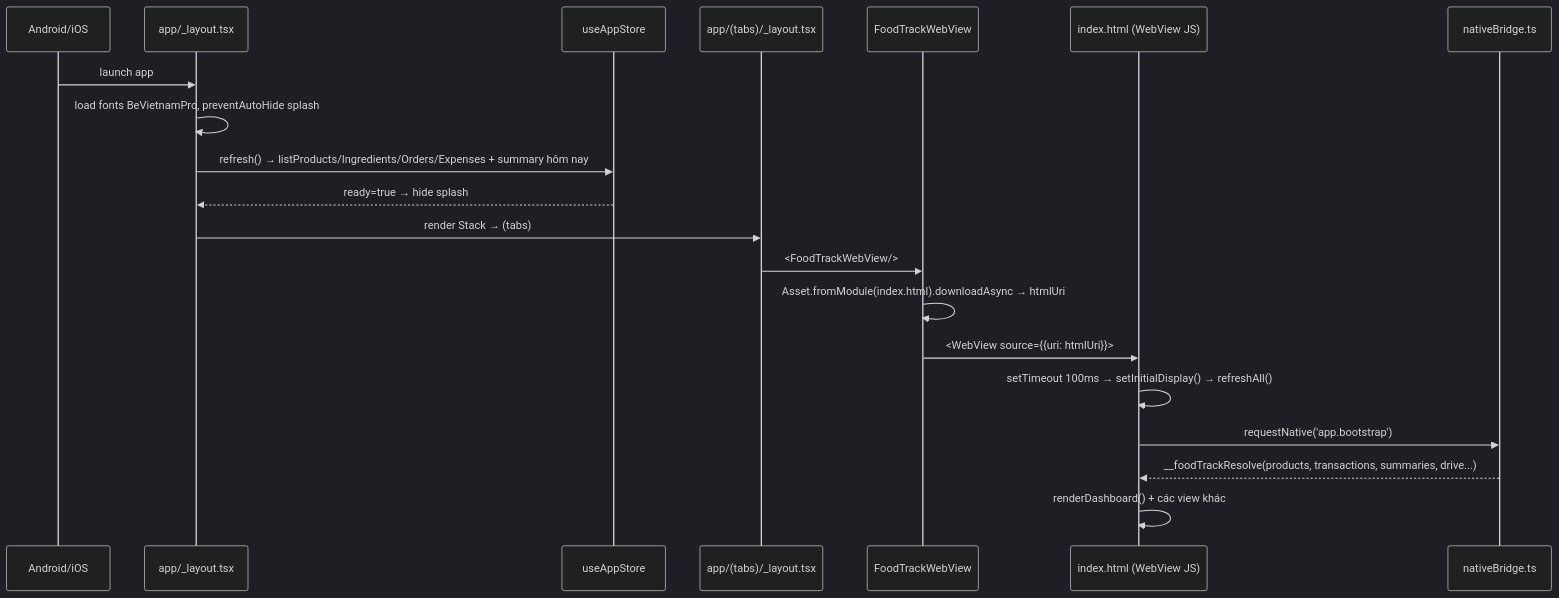
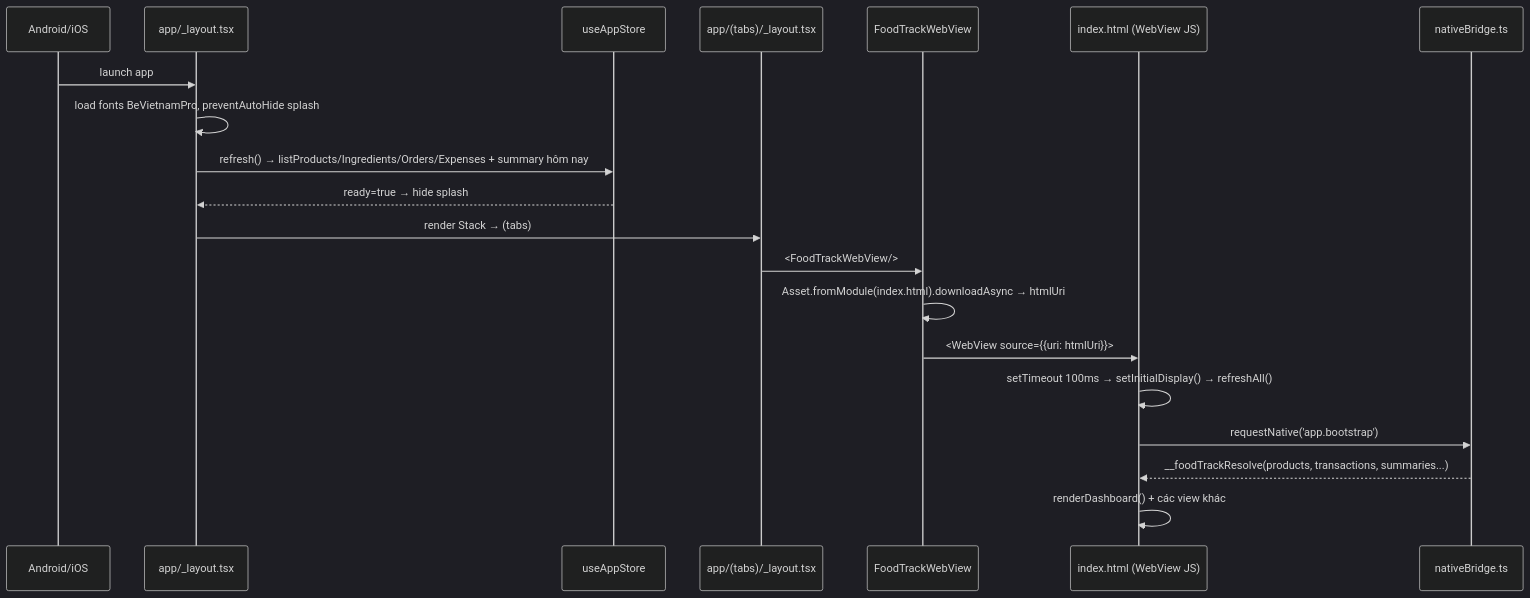
One commit to dacid52/FoodTrack changed the second of 2 diagrams in docs/01-tong-quan.md. Above: the diagram before and after it, drawn with Mermaid (dark theme). The commit also changed other lines of this file and 63 other files, not shown here.

Commit message:
Redesign WebView UI/charts/calendar, add smooth animations, remove Drive sync & dead files

````diff
--- a/docs/01-tong-quan.md
+++ b/docs/01-tong-quan.md
@@ -84,23 +73,23 @@
 ```mermaid
 sequenceDiagram
     participant OS as Android/iOS
     participant Root as app/_layout.tsx
     participant Store as useAppStore
     participant Tabs as app/(tabs)/_layout.tsx
     participant WV as FoodTrackWebView
     participant Web as index.html (WebView JS)
     participant Bridge as nativeBridge.ts
 
     OS->>Root: launch app
     Root->>Root: load fonts BeVietnamPro, preventAutoHide splash
     Root->>Store: refresh() → listProducts/Ingredients/Orders/Expenses + summary hôm nay
     Store-->>Root: ready=true → hide splash
     Root->>Tabs: render Stack → (tabs)
     Tabs->>WV: <FoodTrackWebView/>
     WV->>WV: Asset.fromModule(index.html).downloadAsync → htmlUri
     WV->>Web: <WebView source={{uri: htmlUri}}>
     Web->>Web: setTimeout 100ms → setInitialDisplay() → refreshAll()
     Web->>Bridge: requestNative('app.bootstrap')
-    Bridge-->>Web: __foodTrackResolve(products, transactions, summaries, drive...)
+    Bridge-->>Web: __foodTrackResolve(products, transactions, summaries...)
     Web->>Web: renderDashboard() + các view khác
 ```
````
